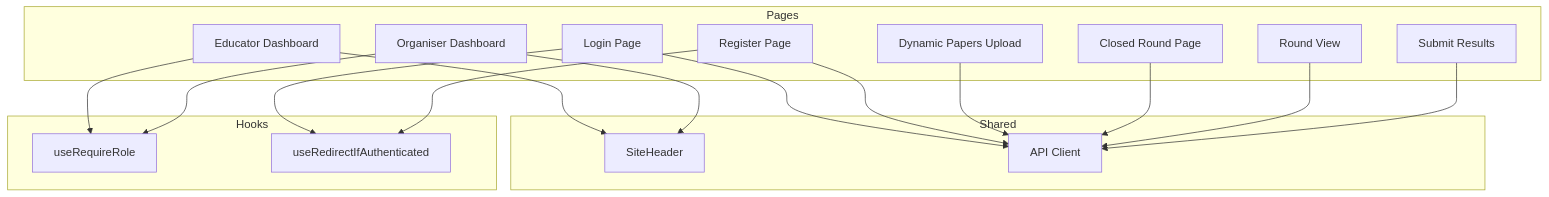
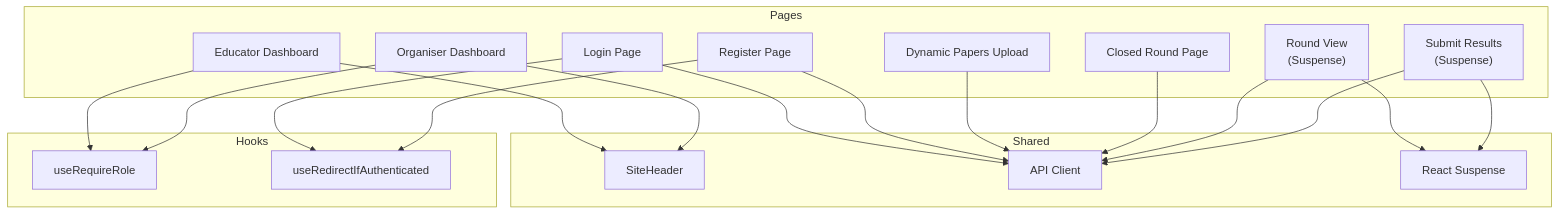
One commit to ZandileMkontwana/olympiad-portal changed the sixth of 6 diagrams in .qoder/repowiki/en/content/Frontend Architecture/Routing & Navigation System.md. Above: the diagram before and after it, drawn with Mermaid. The commit also changed other lines of this file and 5 other files, not shown here.

````diff
--- a/.qoder/repowiki/en/content/Frontend Architecture/Routing & Navigation System.md
+++ b/.qoder/repowiki/en/content/Frontend Architecture/Routing & Navigation System.md
@@ -275,33 +328,36 @@
 ```mermaid
 graph TB
 subgraph "Pages"
 LP["Login Page"]
 RP["Register Page"]
 EP["Educator Dashboard"]
 OP["Organiser Dashboard"]
 DP["Dynamic Papers Upload"]
 CP["Closed Round Page"]
-RV["Round View"]
-SV["Submit Results"]
+RV["Round View<br/>(Suspense)"]
+SV["Submit Results<br/>(Suspense)"]
 end
 subgraph "Hooks"
 UR["useRequireRole"]
 UA["useRedirectIfAuthenticated"]
 end
 subgraph "Shared"
 SH["SiteHeader"]
 API["API Client"]
+SUS["React Suspense"]
 end
 LP --> API
 RP --> API
 EP --> UR
 OP --> UR
 DP --> API
 CP --> API
 RV --> API
 SV --> API
+RV --> SUS
+SV --> SUS
 EP --> SH
 OP --> SH
 LP --> UA
 RP --> UA
 ```
````
